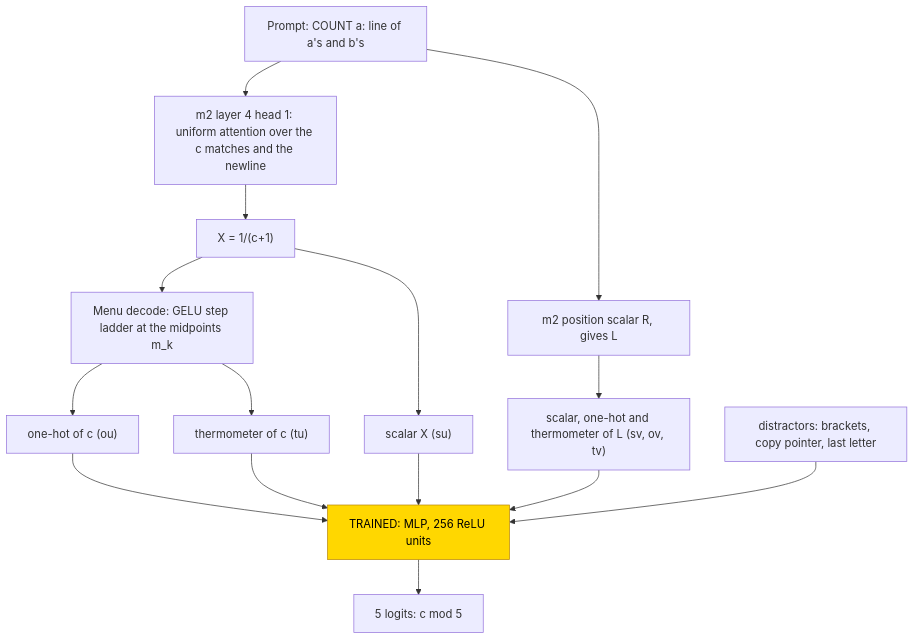
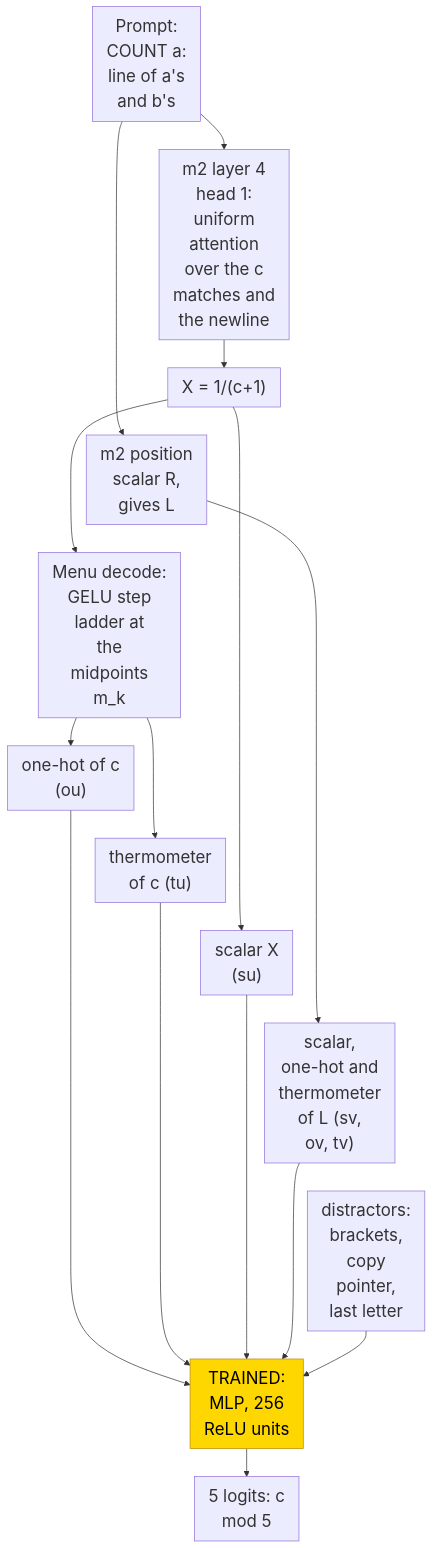
Before and after one commit to jc1122/mechanistic-interpretability-circuit-atlas: the first of 2 diagrams in entries/count-mod-5.md, drawn with Mermaid. The commit also changed other lines of this file and 39 other files, not shown here.

````diff
--- a/entries/count-mod-5.md
+++ b/entries/count-mod-5.md
@@ -118,21 +118,29 @@
 ```mermaid
+%%{init: {"themeVariables": {"fontSize": "24px"}, "flowchart": {"nodeSpacing": 20, "rankSpacing": 40, "padding": 10}}}%%
 flowchart TD
     accTitle: Hand-built counting and frozen count encodings
     accDescr: A frozen matching head writes the reciprocal count and a position scalar supplies length. Step decoders construct one-hot and thermometer features; these and distractors enter the sole trained MLP, which scores the remainders.
-    P["Prompt: COUNT a: line of a's and b's"] --> H["m2 layer 4 head 1: uniform attention over the c matches and the newline"]
+    P["Prompt:<br/>COUNT a:<br/>line of a's<br/>and b's"] --> H["m2 layer 4<br/>head 1:<br/>uniform<br/>attention<br/>over the c<br/>matches and<br/>the newline"]
     H --> X["X = 1/(c+1)"]
-    P --> R["m2 position scalar R, gives L"]
-    X --> D["Menu decode: GELU step ladder at the midpoints m_k"]
-    D --> OU["one-hot of c (ou)"]
-    D --> TU["thermometer of c (tu)"]
-    X --> SU["scalar X (su)"]
-    R --> LB["scalar, one-hot and thermometer of L (sv, ov, tv)"]
-    OU --> M["TRAINED: MLP, 256 ReLU units"]
+    P --> R["m2 position<br/>scalar R,<br/>gives L"]
+    X --> D["Menu decode:<br/>GELU step<br/>ladder at<br/>the<br/>midpoints<br/>m_k"]
+    D --> OU["one-hot of c<br/>(ou)"]
+    D --> TU["thermometer<br/>of c (tu)"]
+    X --> SU["scalar X<br/>(su)"]
+    R --> LB["scalar,<br/>one-hot and<br/>thermometer<br/>of L (sv,<br/>ov, tv)"]
+    OU --> M["TRAINED:<br/>MLP, 256<br/>ReLU units"]
     TU --> M
     SU --> M
     LB --> M
-    DS["distractors: brackets, copy pointer, last letter"] --> M
-    M --> Y["5 logits: c mod 5"]
+    DS["distractors:<br/>brackets,<br/>copy<br/>pointer,<br/>last letter"] --> M
+    M --> Y["5 logits: c<br/>mod 5"]
     classDef trained fill:gold,stroke:darkgoldenrod,color:black
     class M trained
+    %% Invisible links constrain vertical layout only, not computation.
+    X ~~~ R
+    R ~~~ D
+    OU ~~~ TU
+    TU ~~~ SU
+    SU ~~~ LB
+    LB ~~~ DS
 ```
````
